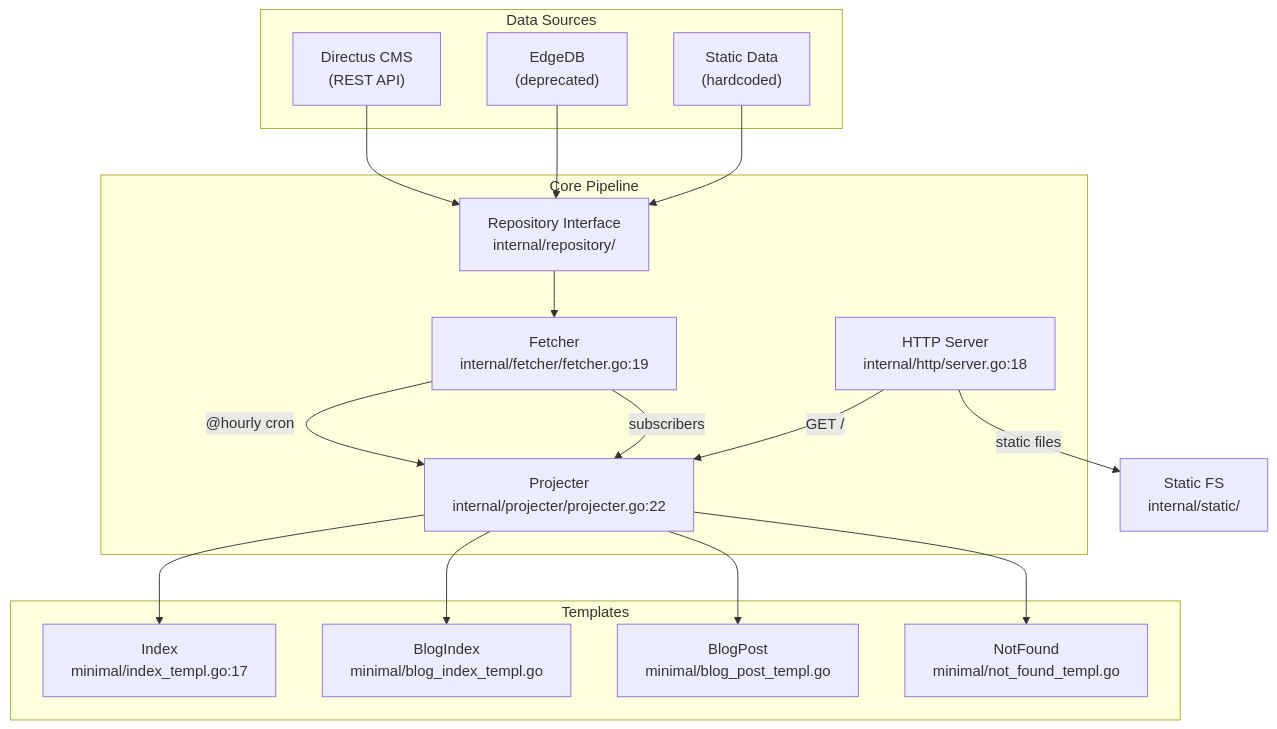
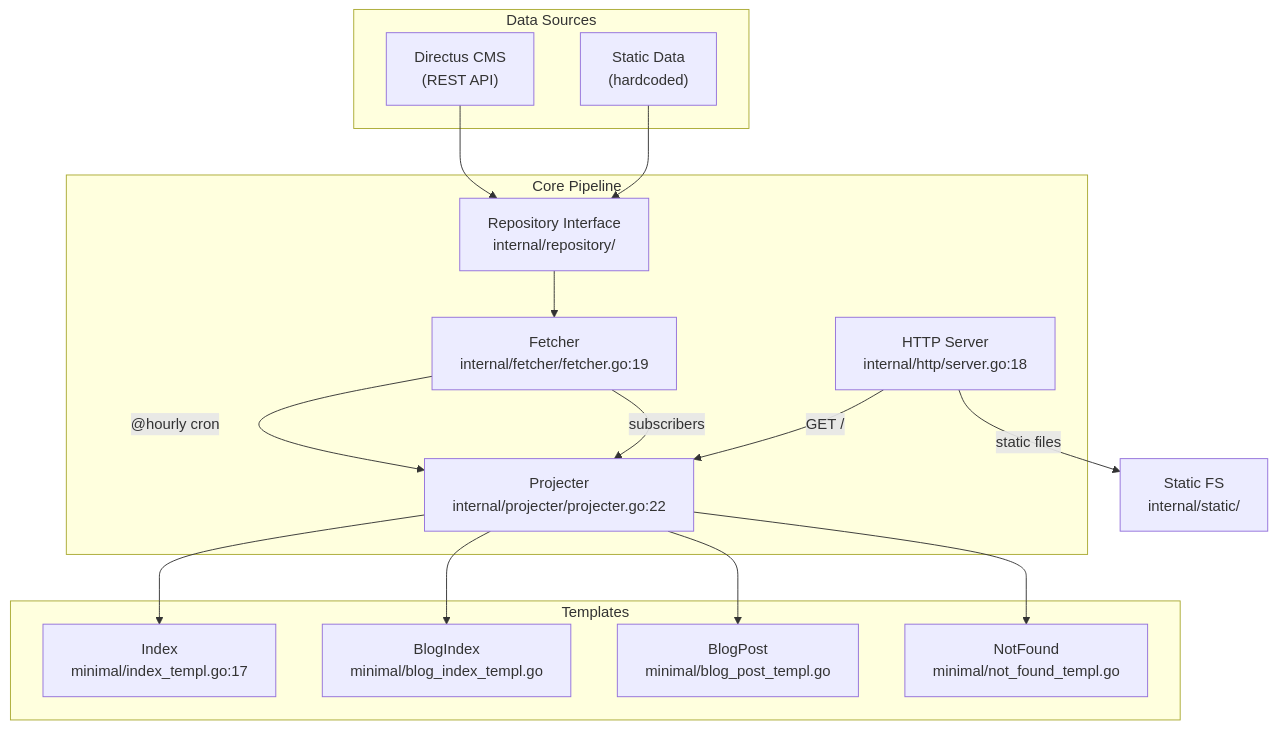
The diagram in ARCHITECTURE.md (mgjules/mgjules-go), drawn with Mermaid before and after one commit. The commit also changed other lines of this file, not shown here.

Commit message:
Update architecture docs to reflect cleanup

````diff
--- a/ARCHITECTURE.md
+++ b/ARCHITECTURE.md
@@ -137,35 +136,33 @@
 ```mermaid
 graph TD
     subgraph Data Sources
         Directus["Directus CMS<br/>(REST API)"]
-        EdgeDB["EdgeDB<br/>(deprecated)"]
         Static["Static Data<br/>(hardcoded)"]
     end
 
     subgraph Core Pipeline
         Repository["Repository Interface<br/>internal/repository/"]
         Fetcher["Fetcher<br/>internal/fetcher/fetcher.go:19"]
         Projecter["Projecter<br/>internal/projecter/projecter.go:22"]
         Server["HTTP Server<br/>internal/http/server.go:18"]
     end
 
     subgraph Templates
         Index["Index<br/>minimal/index_templ.go:17"]
         BlogIndex["BlogIndex<br/>minimal/blog_index_templ.go"]
         BlogPost["BlogPost<br/>minimal/blog_post_templ.go"]
         NotFound["NotFound<br/>minimal/not_found_templ.go"]
     end
 
     Directus --> Repository
-    EdgeDB --> Repository
     Static --> Repository
     Repository --> Fetcher
     Fetcher -->|"@hourly cron"| Projecter
     Fetcher -->|"subscribers"| Projecter
     Projecter --> Index
     Projecter --> BlogIndex
     Projecter --> BlogPost
     Projecter --> NotFound
     Server -->|"GET /"| Projecter
     Server -->|"static files"| StaticFS["Static FS<br/>internal/static/"]
 ```
````
